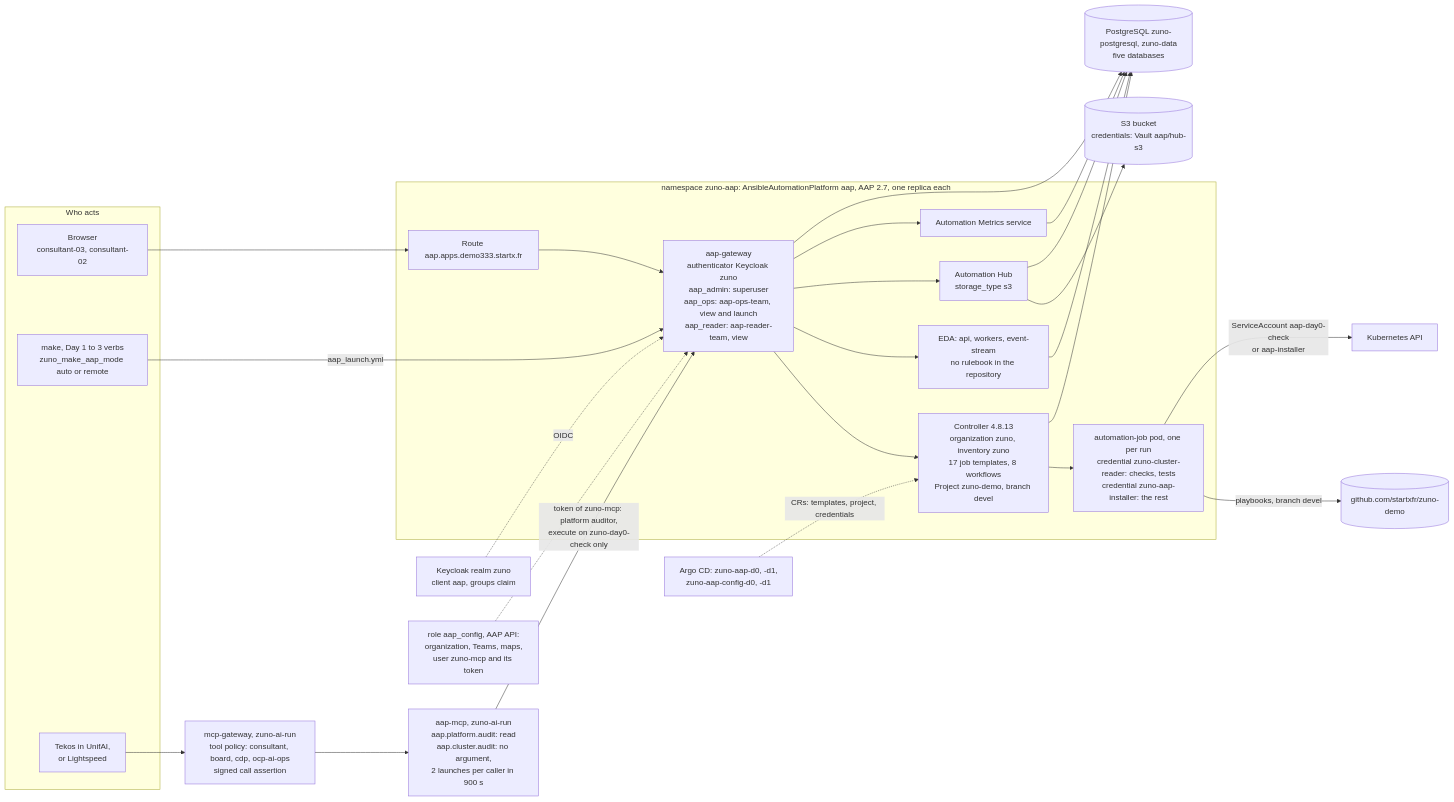
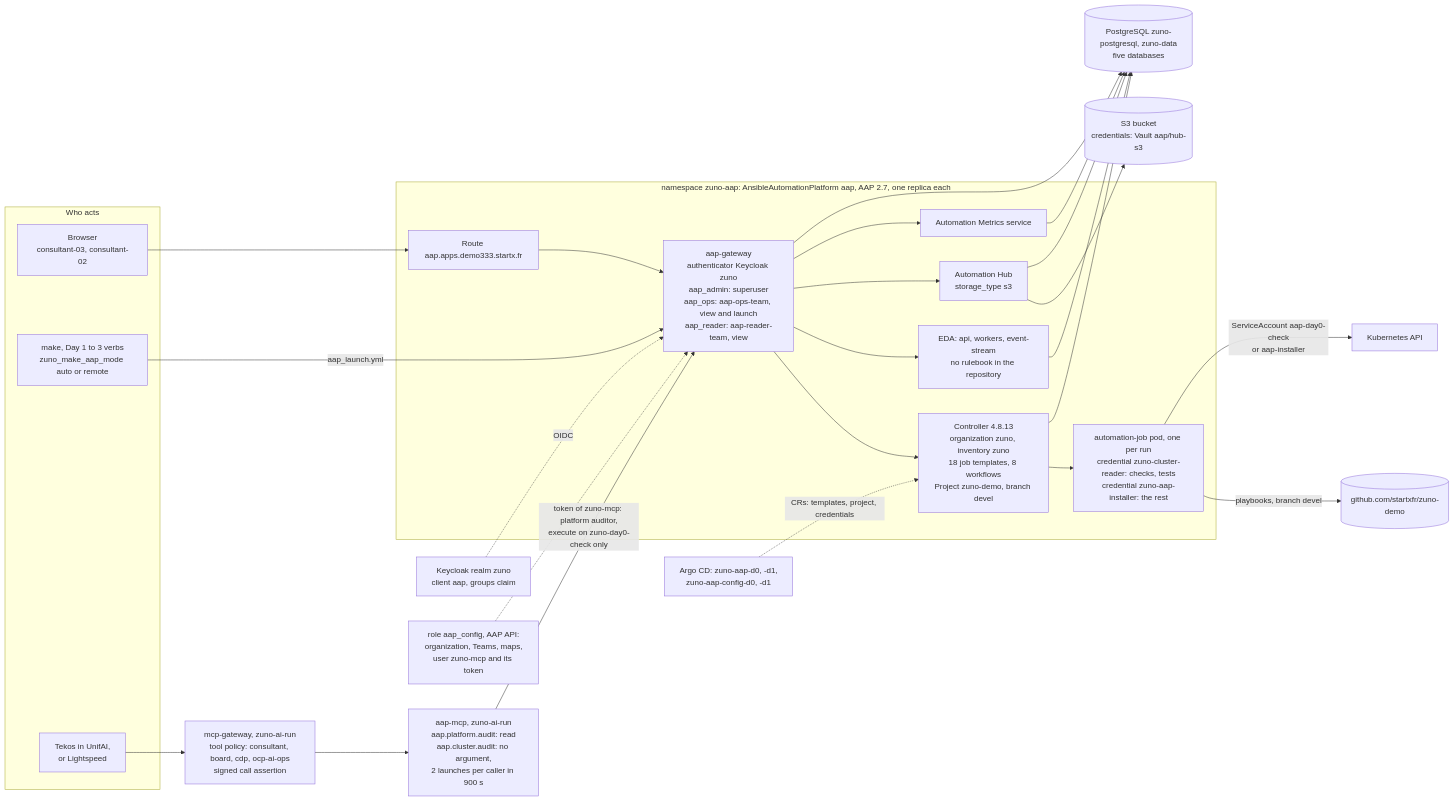
One commit to startxfr/zuno-demo changed the second of 2 diagrams in docs/demo/scenarios/foundation/aap-audited-operations.md. Above: the diagram before and after it, drawn with Mermaid. The commit also changed other lines of this file and 27 other files, not shown here.

First line of the commit message:
docs(demo scenarios): the 30 scenario pages are proofread in full against the charts, roles and ADRs; 20 are dated, 10 wait for a fact the repository cannot prove

````diff
--- a/docs/demo/scenarios/foundation/aap-audited-operations.md
+++ b/docs/demo/scenarios/foundation/aap-audited-operations.md
@@ -281,33 +284,33 @@
 ```mermaid
 flowchart LR
   subgraph IN["Who acts"]
     P["Browser<br/>consultant-03, consultant-02"]
     MK["make, Day 1 to 3 verbs<br/>zuno_make_aap_mode auto or remote"]
     AG["Tekos in UnifAI,<br/>or Lightspeed"]
   end
   KC["Keycloak realm zuno<br/>client aap, groups claim"]
   MCPGW["mcp-gateway, zuno-ai-run<br/>tool policy: consultant, board, cdp, ocp-ai-ops<br/>signed call assertion"]
   MCP["aap-mcp, zuno-ai-run<br/>aap.platform.audit: read<br/>aap.cluster.audit: no argument,<br/>2 launches per caller in 900 s"]
   subgraph NS["namespace zuno-aap: AnsibleAutomationPlatform aap, AAP 2.7, one replica each"]
     RT["Route aap.apps.demo333.startx.fr"]
     GW["aap-gateway<br/>authenticator Keycloak zuno<br/>aap_admin: superuser<br/>aap_ops: aap-ops-team, view and launch<br/>aap_reader: aap-reader-team, view"]
-    CTRL["Controller 4.8.13<br/>organization zuno, inventory zuno<br/>17 job templates, 8 workflows<br/>Project zuno-demo, branch devel"]
+    CTRL["Controller 4.8.13<br/>organization zuno, inventory zuno<br/>18 job templates, 8 workflows<br/>Project zuno-demo, branch devel"]
     JOB["automation-job pod, one per run<br/>credential zuno-cluster-reader: checks, tests<br/>credential zuno-aap-installer: the rest"]
     EDA["EDA: api, workers, event-stream<br/>no rulebook in the repository"]
     HUB["Automation Hub<br/>storage_type s3"]
     MET["Automation Metrics service"]
   end
   P --> RT --> GW
   KC -. OIDC .-> GW
   MK -->|"aap_launch.yml"| GW
   AG --> MCPGW --> MCP
   MCP -->|"token of zuno-mcp: platform auditor,<br/>execute on zuno-day0-check only"| GW
   GW --> CTRL & EDA & HUB & MET
   CTRL --> JOB
   JOB -->|"playbooks, branch devel"| GIT[("github.com/startxfr/zuno-demo")]
   JOB -->|"ServiceAccount aap-day0-check<br/>or aap-installer"| KAPI["Kubernetes API"]
   HUB --> S3[("S3 bucket<br/>credentials: Vault aap/hub-s3")]
   GW & CTRL & EDA & HUB & MET --> PGS[("PostgreSQL zuno-postgresql, zuno-data<br/>five databases")]
   ARGO["Argo CD: zuno-aap-d0, -d1,<br/>zuno-aap-config-d0, -d1"] -. "CRs: templates, project, credentials" .-> CTRL
   ROLE["role aap_config, AAP API:<br/>organization, Teams, maps,<br/>user zuno-mcp and its token"] -.-> GW
 ```
````
